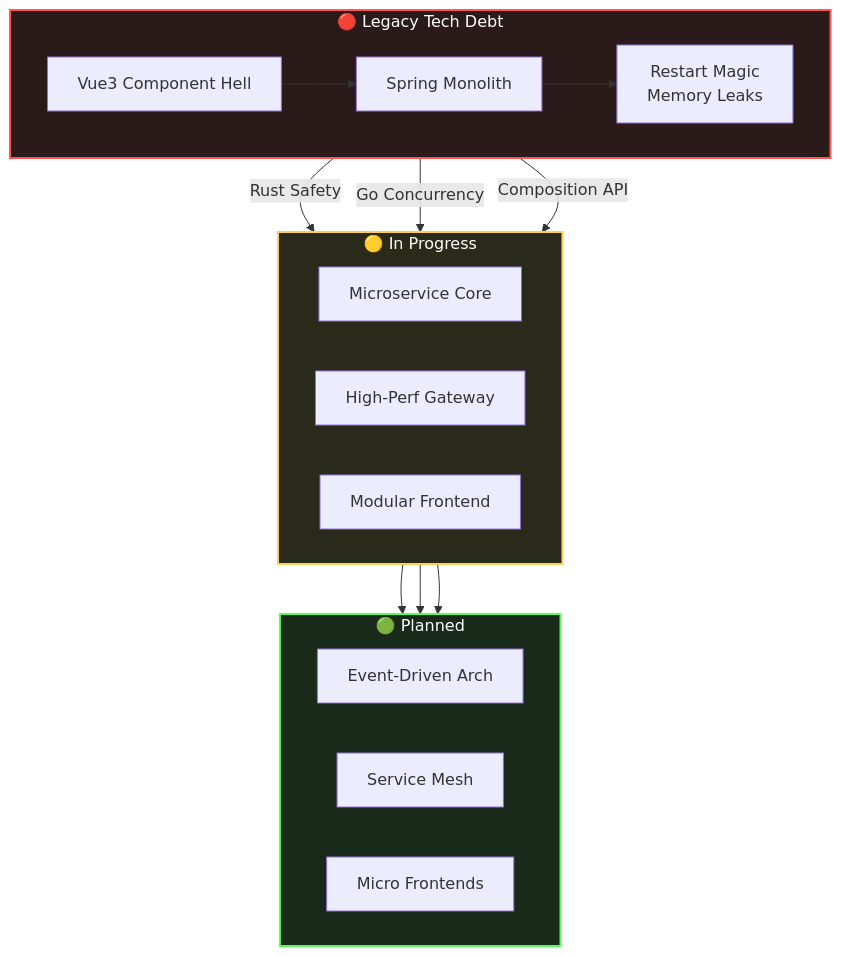
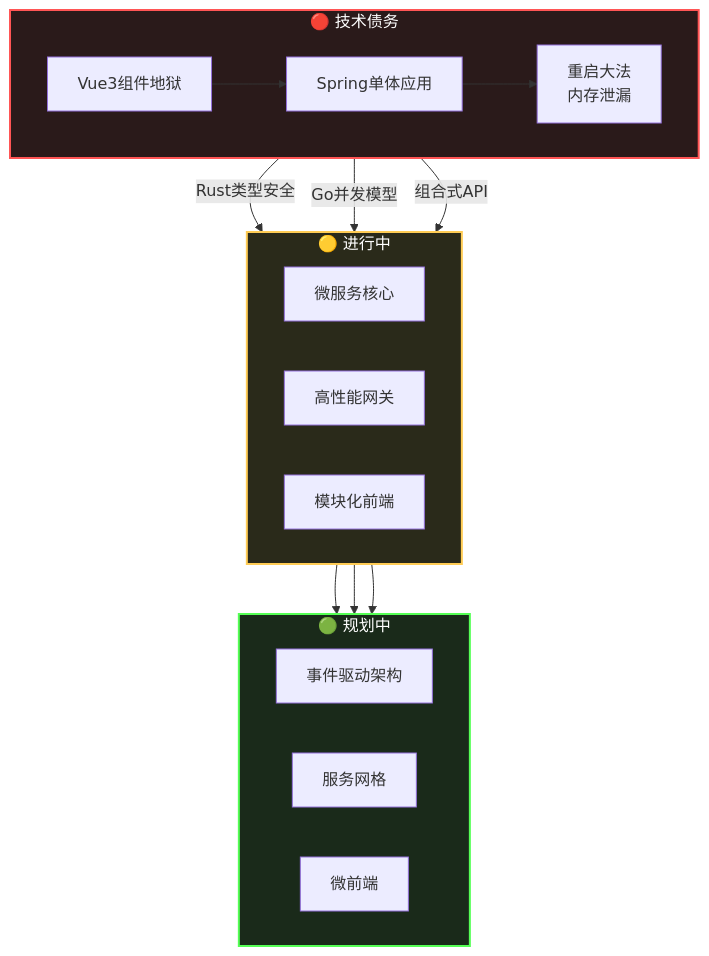
Before and after one commit to GuLuGuLu3399/GuLuGuLu3399: the diagram in README.md, drawn with Mermaid. The commit also changed other lines of this file, not shown here.

````diff
--- a/README.md
+++ b/README.md
@@ -70,26 +72,26 @@
 ```mermaid
 flowchart TD
-    subgraph LEGACY[🔴 Legacy Tech Debt]
+    subgraph 技术债务[🔴 技术债务]
         direction LR
-        A[Vue3 Component Hell] --> B[Spring Monolith]
-        B --> C[Restart Magic<br/>Memory Leaks]
+        A[Vue3组件地狱] --> B[Spring单体应用]
+        B --> C[重启大法<br/>内存泄漏]
     end
     
-    subgraph IN_PROGRESS[🟡 In Progress]
+    subgraph 进行中[🟡 进行中]
         direction LR
-        C -->|Rust Safety| D[Microservice Core]
-        B -->|Go Concurrency| E[High-Perf Gateway]
-        A -->|Composition API| F[Modular Frontend]
+        C -->|Rust类型安全| D[微服务核心]
+        B -->|Go并发模型| E[高性能网关]
+        A -->|组合式API| F[模块化前端]
     end
     
-    subgraph FUTURE[🟢 Planned]
+    subgraph 规划中[🟢 规划中]
         direction LR
-        D --> G[Event-Driven Arch]
-        E --> H[Service Mesh]
-        F --> I[Micro Frontends]
+        D --> G[事件驱动架构]
+        E --> H[服务网格]
+        F --> I[微前端]
     end
     
-    style LEGACY fill:#2a1a1a,stroke:#ff5555,stroke-width:2px,color:#fff
-    style IN_PROGRESS fill:#2a2a1a,stroke:#ffcc55,stroke-width:2px,color:#fff
-    style FUTURE fill:#1a2a1a,stroke:#55ff55,stroke-width:2px,color:#fff
+    style 技术债务 fill:#2a1a1a,stroke:#ff5555,stroke-width:2px,color:#fff
+    style 进行中 fill:#2a2a1a,stroke:#ffcc55,stroke-width:2px,color:#fff
+    style 规划中 fill:#1a2a1a,stroke:#55ff55,stroke-width:2px,color:#fff
 ```
````
